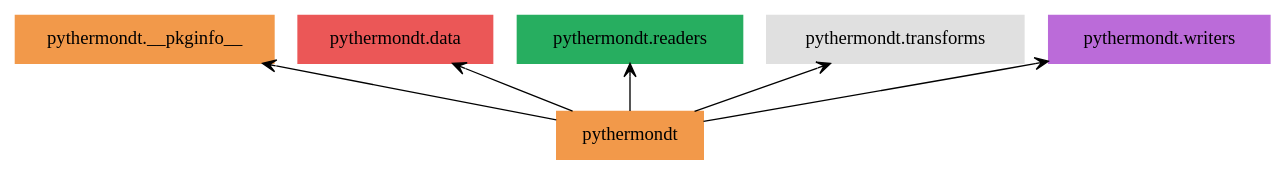
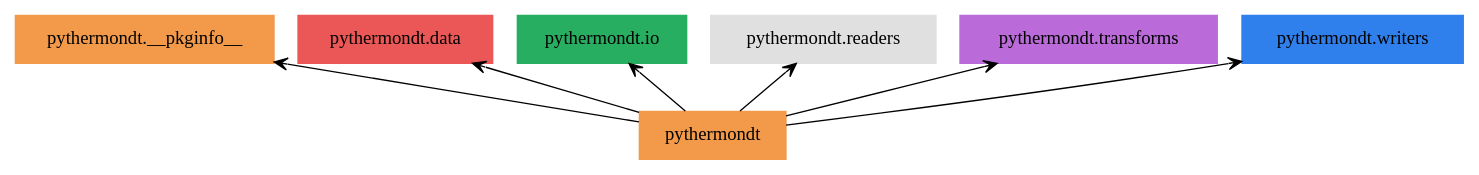
Before and after one commit to voidsy-gmbh/pyThermoNDT: the diagram in docs/pyreverse/graphviz/packages_Overview.gv, drawn with Graphviz. The commit also changed 24 other files, not shown here.

```diff
--- a/docs/pyreverse/graphviz/packages_Overview.gv
+++ b/docs/pyreverse/graphviz/packages_Overview.gv
@@ -1,15 +1,17 @@
 digraph "packages_Overview" {
 rankdir=BT
 charset="utf-8"
 "pythermondt" [color="#F2994A", label=<pythermondt>, shape="box", style="filled"];
 "pythermondt.__pkginfo__" [color="#F2994A", label=<pythermondt.__pkginfo__>, shape="box", style="filled"];
 "pythermondt.data" [color="#EB5757", label=<pythermondt.data>, shape="box", style="filled"];
-"pythermondt.readers" [color="#27AE60", label=<pythermondt.readers>, shape="box", style="filled"];
-"pythermondt.transforms" [color="#E0E0E0", label=<pythermondt.transforms>, shape="box", style="filled"];
-"pythermondt.writers" [color="#BB6BD9", label=<pythermondt.writers>, shape="box", style="filled"];
+"pythermondt.io" [color="#27AE60", label=<pythermondt.io>, shape="box", style="filled"];
+"pythermondt.readers" [color="#E0E0E0", label=<pythermondt.readers>, shape="box", style="filled"];
+"pythermondt.transforms" [color="#BB6BD9", label=<pythermondt.transforms>, shape="box", style="filled"];
+"pythermondt.writers" [color="#2F80ED", label=<pythermondt.writers>, shape="box", style="filled"];
 "pythermondt" -> "pythermondt.__pkginfo__" [arrowhead="open", arrowtail="none"];
 "pythermondt" -> "pythermondt.data" [arrowhead="open", arrowtail="none"];
+"pythermondt" -> "pythermondt.io" [arrowhead="open", arrowtail="none"];
 "pythermondt" -> "pythermondt.readers" [arrowhead="open", arrowtail="none"];
 "pythermondt" -> "pythermondt.transforms" [arrowhead="open", arrowtail="none"];
 "pythermondt" -> "pythermondt.writers" [arrowhead="open", arrowtail="none"];
 }
```
